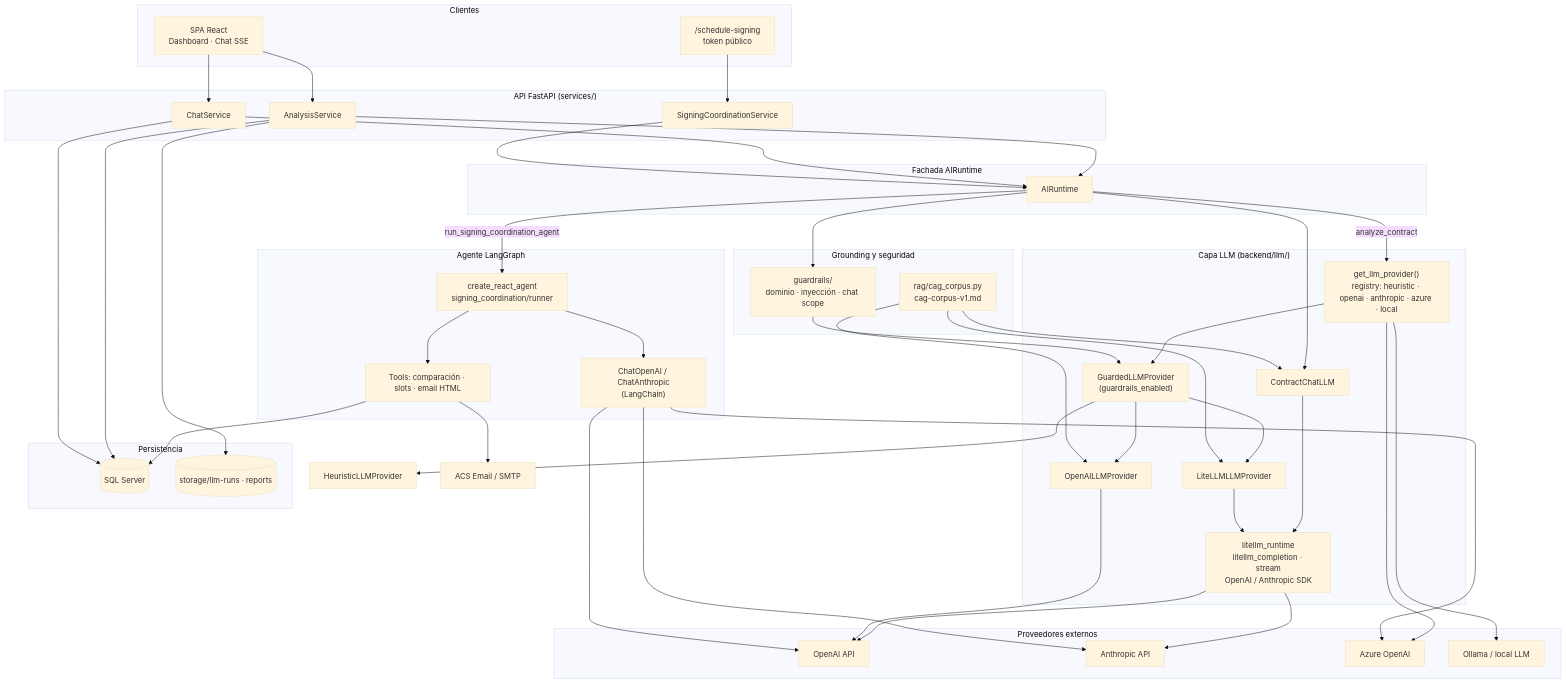
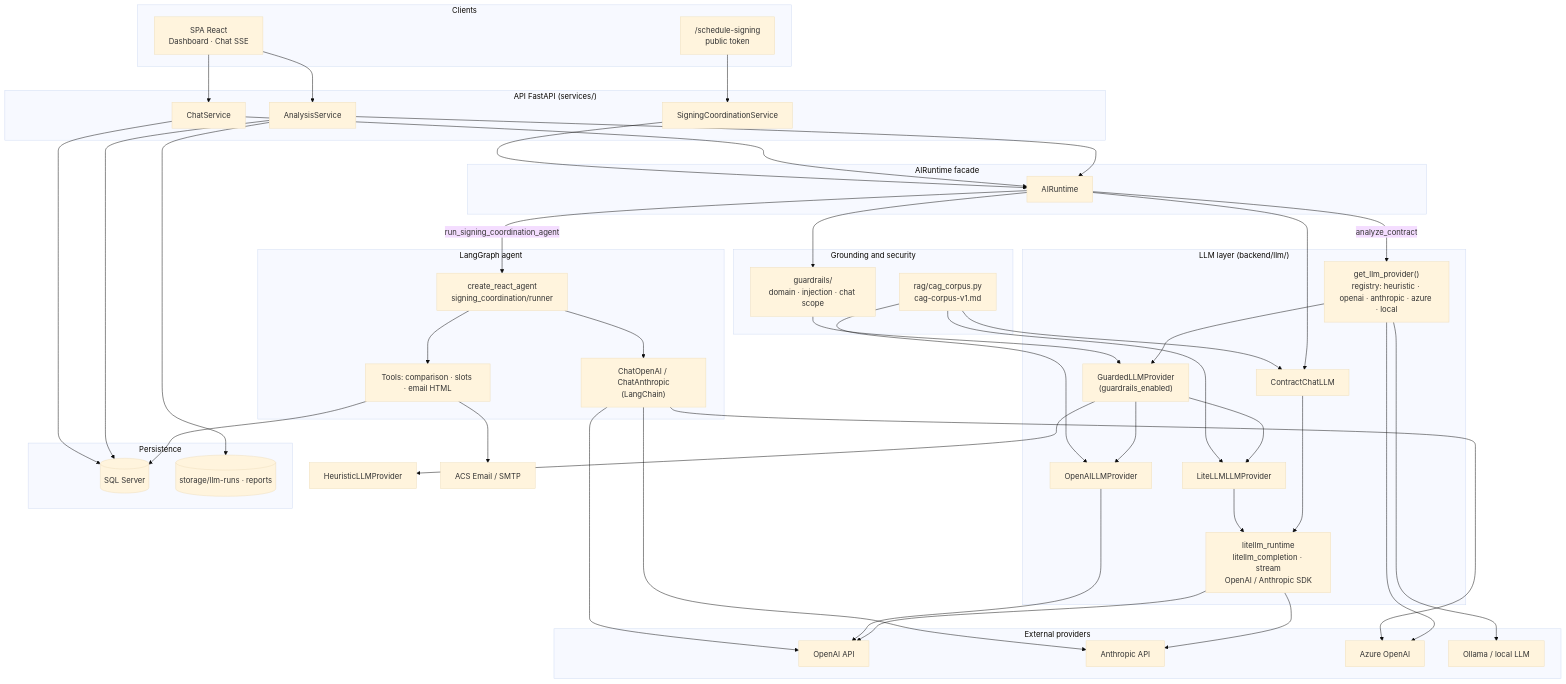
One commit to victorm-ai/legal-rent-ai changed the diagram in docs/architecture/ai-runtime-and-litellm.md. Above: the diagram before and after it, drawn with Mermaid (base theme). The commit also changed other lines of this file and 57 other files, not shown here.

````diff
--- a/docs/architecture/ai-runtime-and-litellm.md
+++ b/docs/architecture/ai-runtime-and-litellm.md
@@ -46,8 +46,8 @@
 ```mermaid
 flowchart TB
-    subgraph clients ["Clientes"]
+    subgraph clients ["Clients"]
         spa["SPA React<br/>Dashboard · Chat SSE"]
-        public["/schedule-signing<br/>token público"]
+        public["/schedule-signing<br/>public token"]
     end
 
     subgraph api ["API FastAPI (services/)"]
@@ -56,11 +56,11 @@
         signing_svc["SigningCoordinationService"]
     end
 
-    subgraph ai_facade ["Fachada AIRuntime"]
+    subgraph ai_facade ["AIRuntime facade"]
         runtime["AIRuntime"]
     end
 
-    subgraph llm_layer ["Capa LLM (backend/llm/)"]
+    subgraph llm_layer ["LLM layer (backend/llm/)"]
         registry["get_llm_provider()<br/>registry: heuristic · openai · anthropic · azure · local"]
         guarded["GuardedLLMProvider<br/>(guardrails_enabled)"]
         litellm_rt["litellm_runtime<br/>litellm_completion · stream<br/>OpenAI / Anthropic SDK"]
@@ -69,25 +69,25 @@
         chat_llm["ContractChatLLM"]
     end
 
-    subgraph agent_layer ["Agente LangGraph"]
+    subgraph agent_layer ["LangGraph agent"]
         react["create_react_agent<br/>signing_coordination/runner"]
-        tools["Tools: comparación · slots · email HTML"]
+        tools["Tools: comparison · slots · email HTML"]
         lc_model["ChatOpenAI / ChatAnthropic<br/>(LangChain)"]
     end
 
-    subgraph grounding ["Grounding y seguridad"]
+    subgraph grounding ["Grounding and security"]
         cag["rag/cag_corpus.py<br/>cag-corpus-v1.md"]
-        gw["guardrails/<br/>dominio · inyección · chat scope"]
+        gw["guardrails/<br/>domain · injection · chat scope"]
     end
 
-    subgraph external ["Proveedores externos"]
+    subgraph external ["External providers"]
         oai["OpenAI API"]
         ant["Anthropic API"]
         azo["Azure OpenAI"]
         local["Ollama / local LLM"]
     end
 
-    subgraph data ["Persistencia"]
+    subgraph data ["Persistence"]
         sql[("SQL Server")]
         storage[("storage/llm-runs · reports")]
     end
````
